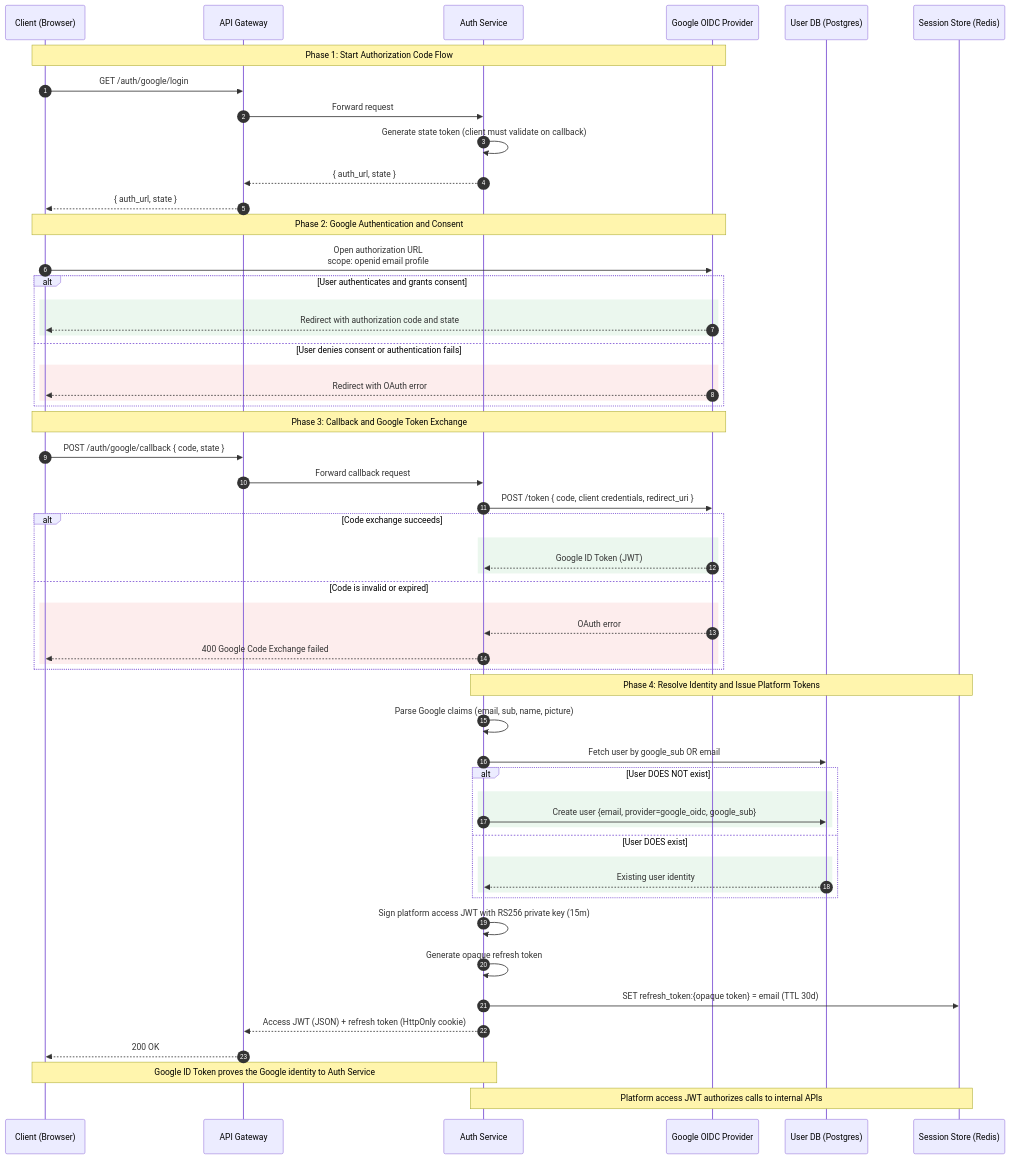
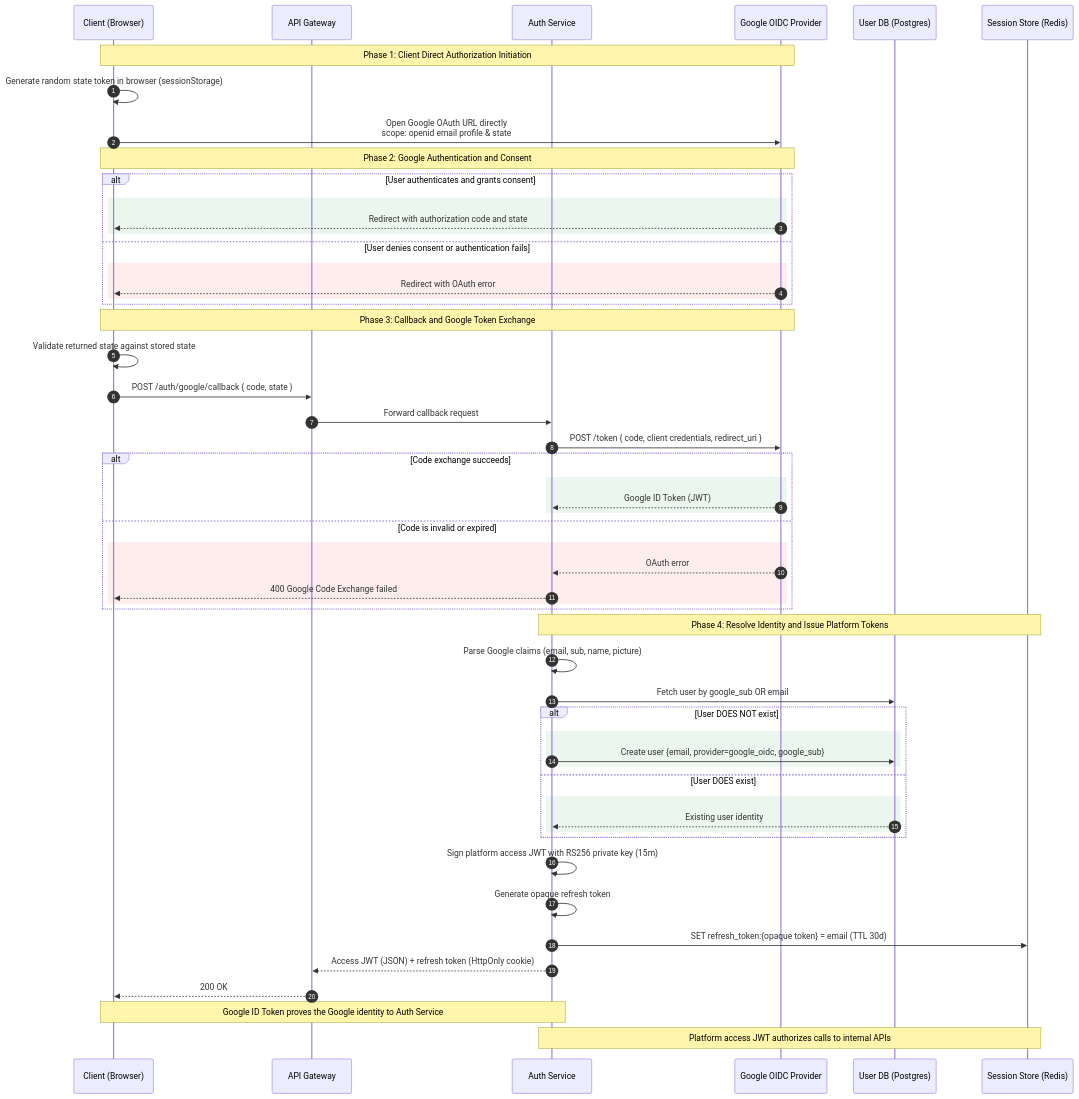
The second of 4 diagrams in design/auth/01-auth-flow.md (boycececil666gmailcom/Microservice-Auth-Platform), drawn with Mermaid before and after one commit. The commit also changed 4 other files, not shown here.

Commit message:
feat: implement API gateway proxy, Google OIDC flow, and end-to-end integration tests

````diff
--- a/design/auth/01-auth-flow.md
+++ b/design/auth/01-auth-flow.md
@@ -46,67 +46,64 @@
 ```mermaid
 sequenceDiagram
     autonumber
     participant C as Client (Browser)
     participant G as API Gateway
     participant A as Auth Service
     participant GO as Google OIDC Provider
     participant PG as User DB (Postgres)
     participant R as Session Store (Redis)
 
-    Note over C,GO: Phase 1: Start Authorization Code Flow
-    C->>G: GET /auth/google/login
-    G->>A: Forward request
-    A->>A: Generate state token (client must validate on callback)
-    A-->>G: { auth_url, state }
-    G-->>C: { auth_url, state }
+    Note over C,GO: Phase 1: Client Direct Authorization Initiation
+    C->>C: Generate random state token in browser (sessionStorage)
+    C->>GO: Open Google OAuth URL directly<br/>scope: openid email profile & state
 
     Note over C,GO: Phase 2: Google Authentication and Consent
-    C->>GO: Open authorization URL<br/>scope: openid email profile
     alt User authenticates and grants consent
         rect rgb(235, 247, 238)
             GO-->>C: Redirect with authorization code and state
         end
     else User denies consent or authentication fails
         rect rgb(253, 237, 237)
             GO-->>C: Redirect with OAuth error
         end
     end
 
     Note over C,GO: Phase 3: Callback and Google Token Exchange
+    C->>C: Validate returned state against stored state
     C->>G: POST /auth/google/callback { code, state }
     G->>A: Forward callback request
     A->>GO: POST /token { code, client credentials, redirect_uri }
     alt Code exchange succeeds
         rect rgb(235, 247, 238)
             GO-->>A: Google ID Token (JWT)
         end
     else Code is invalid or expired
         rect rgb(253, 237, 237)
             GO-->>A: OAuth error
             A-->>C: 400 Google Code Exchange failed
         end
     end
 
     Note over A,R: Phase 4: Resolve Identity and Issue Platform Tokens
     A->>A: Parse Google claims (email, sub, name, picture)
     A->>PG: Fetch user by google_sub OR email
 
     alt User DOES NOT exist
         rect rgb(235, 247, 238)
             A->>PG: Create user {email, provider=google_oidc, google_sub}
         end
     else User DOES exist
         rect rgb(235, 247, 238)
             PG-->>A: Existing user identity
         end
     end
 
     A->>A: Sign platform access JWT with RS256 private key (15m)
     A->>A: Generate opaque refresh token
     A->>R: SET refresh_token:{opaque token} = email (TTL 30d)
 
     A-->>G: Access JWT (JSON) + refresh token (HttpOnly cookie)
     G-->>C: 200 OK
     Note over C,A: Google ID Token proves the Google identity to Auth Service
     Note over A,R: Platform access JWT authorizes calls to internal APIs
 ```
````
